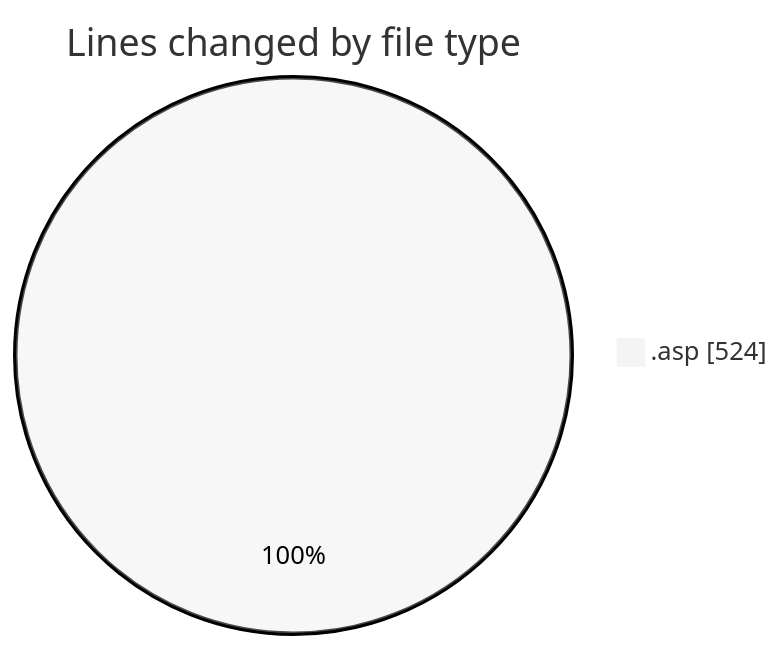
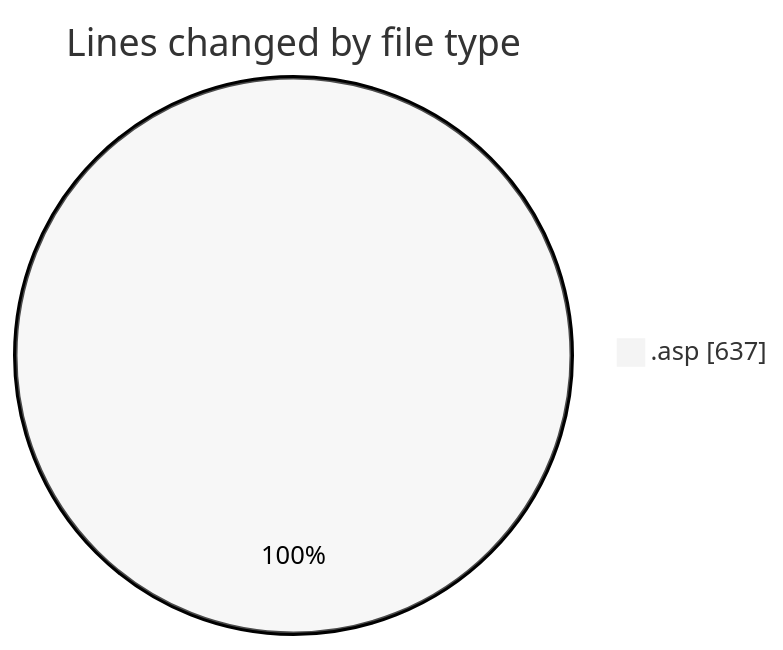
One commit to julien-gomy/code-tracking changed the first of 2 diagrams in 2025-11-20/cdp_aleoudev_fr__workspace_/README.md. Above: the diagram before and after it, drawn with Mermaid (neutral theme). The commit also changed other lines of this file and 1 other file, not shown here.

````diff
--- a/2025-11-20/cdp_aleoudev_fr__workspace_/README.md
+++ b/2025-11-20/cdp_aleoudev_fr__workspace_/README.md
@@ -20,5 +21,5 @@
 ```mermaid
 pie showData
 title Lines changed by file type
-".asp" : 524
+".asp" : 637
 ```
````
